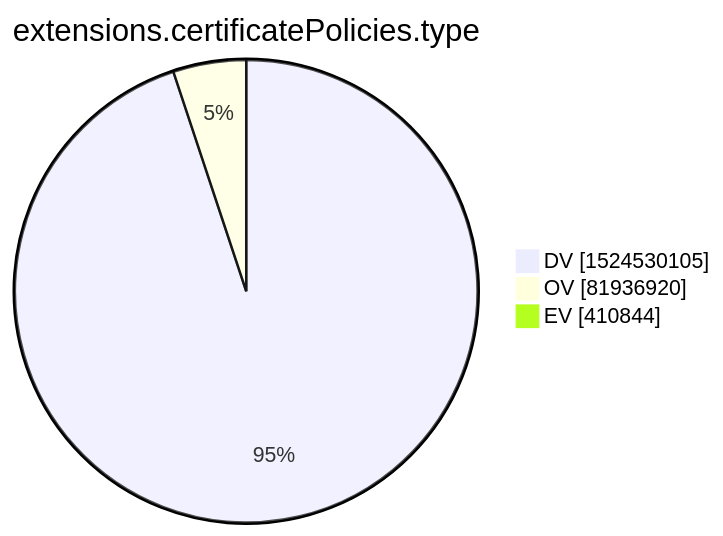
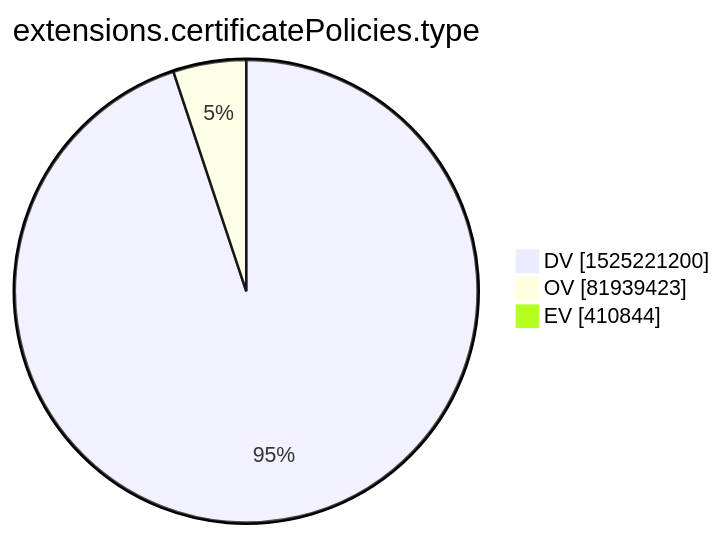
Before and after one commit to christiankrug/ctmonitor_visualization: the tenth of 15 diagrams in xenon2022/README.md, drawn with Mermaid. The commit also changed other lines of this file, not shown here.

````diff
--- a/xenon2022/README.md
+++ b/xenon2022/README.md
@@ -2875,7 +2875,7 @@
 ```mermaid
 pie showData
 title extensions.certificatePolicies.type
-"DV" :1524530105
-"OV" :81936920
+"DV" :1525221200
+"OV" :81939423
 "EV" :410844
 ```
````
